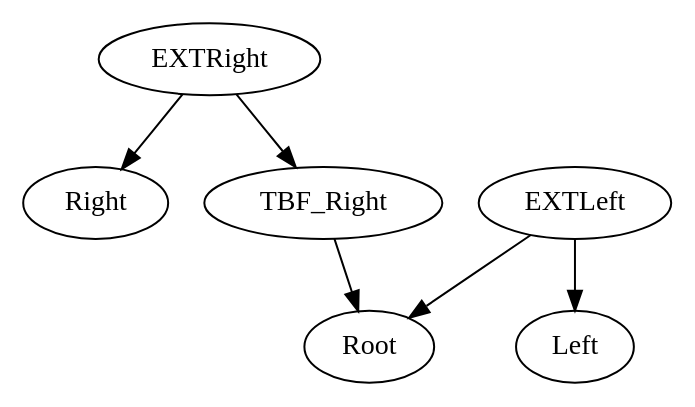
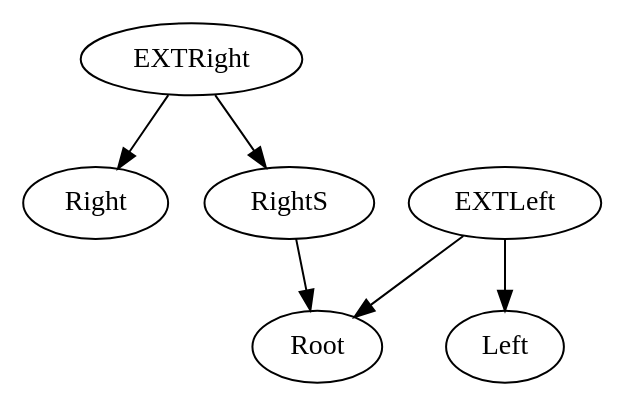
The diagram in TBFEnqueues.dot (UhLzy/pifo-compiler), drawn with Graphviz before and after one commit. The commit also changed 21 other files, not shown here.

```diff
--- a/TBFEnqueues.dot
+++ b/TBFEnqueues.dot
@@ -1,12 +1,12 @@
 digraph {
 	Right
 	Root
 	Left
 	EXTLeft
 	EXTRight
 		EXTLeft -> Left
 		EXTLeft -> Root
 		EXTRight -> Right
-		EXTRight -> TBF_Right
-		TBF_Right -> Root
+		EXTRight -> RightS
+		RightS -> Root
 }
```
